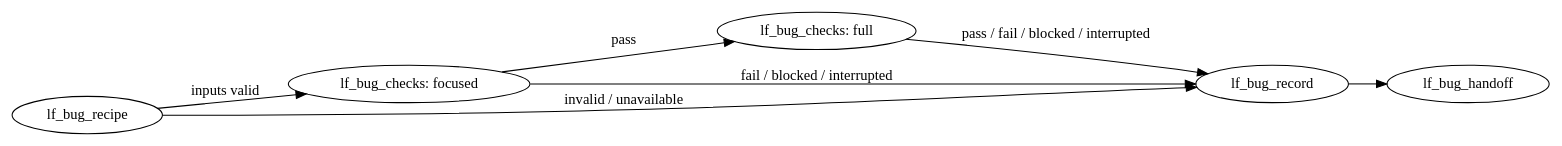
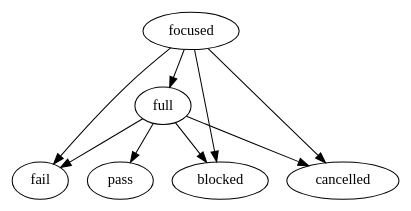
The second of 2 diagrams in .aiteam/lf-367-bug-workflow/2026-09-22/bug-workflow/BUG_SCOPE.md (marioatcloudvane/litefactory), drawn with Graphviz before and after one commit. The commit also changed other lines of this file and 2 other files, not shown here.

````diff
--- a/.aiteam/lf-367-bug-workflow/2026-09-22/bug-workflow/BUG_SCOPE.md
+++ b/.aiteam/lf-367-bug-workflow/2026-09-22/bug-workflow/BUG_SCOPE.md
@@ -85,17 +131,18 @@
 ```dot
 digraph bug_tests {
-  rankdir=LR;
-  bind [label="lf_bug_recipe"];
-  regression [label="lf_bug_checks: focused"];
-  suite [label="lf_bug_checks: full"];
-  record [label="lf_bug_record"];
-  result [label="lf_bug_handoff"];
+  graph [workflow="bug", start="focused"];
+  focused [lf_action="lf_bug_checks", lf_phase="focused"];
+  full    [lf_action="lf_bug_checks", lf_phase="full"];
+  pass [lf_terminal="true"]; fail [lf_terminal="true"];
+  blocked [lf_terminal="true"]; cancelled [lf_terminal="true"];
 
-  bind -> regression [label="inputs valid"];
-  bind -> record [label="invalid / unavailable"];
-  regression -> suite [label="pass"];
-  regression -> record [label="fail / blocked / interrupted"];
-  suite -> record [label="pass / fail / blocked / interrupted"];
-  record -> result;
+  focused -> full      [lf_on="pass"];
+  focused -> fail      [lf_on="fail"];
+  focused -> blocked   [lf_on="blocked"];
+  focused -> cancelled [lf_on="cancelled"];
+  full    -> pass      [lf_on="pass"];
+  full    -> fail      [lf_on="fail"];
+  full    -> blocked   [lf_on="blocked"];
+  full    -> cancelled [lf_on="cancelled"];
 }
 ```
````
